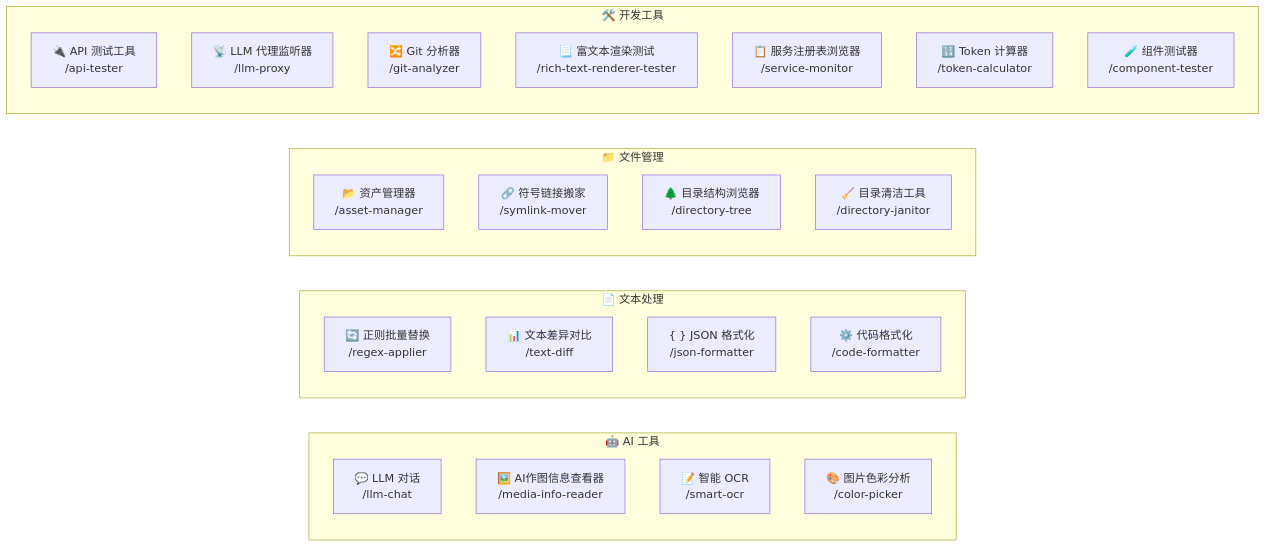
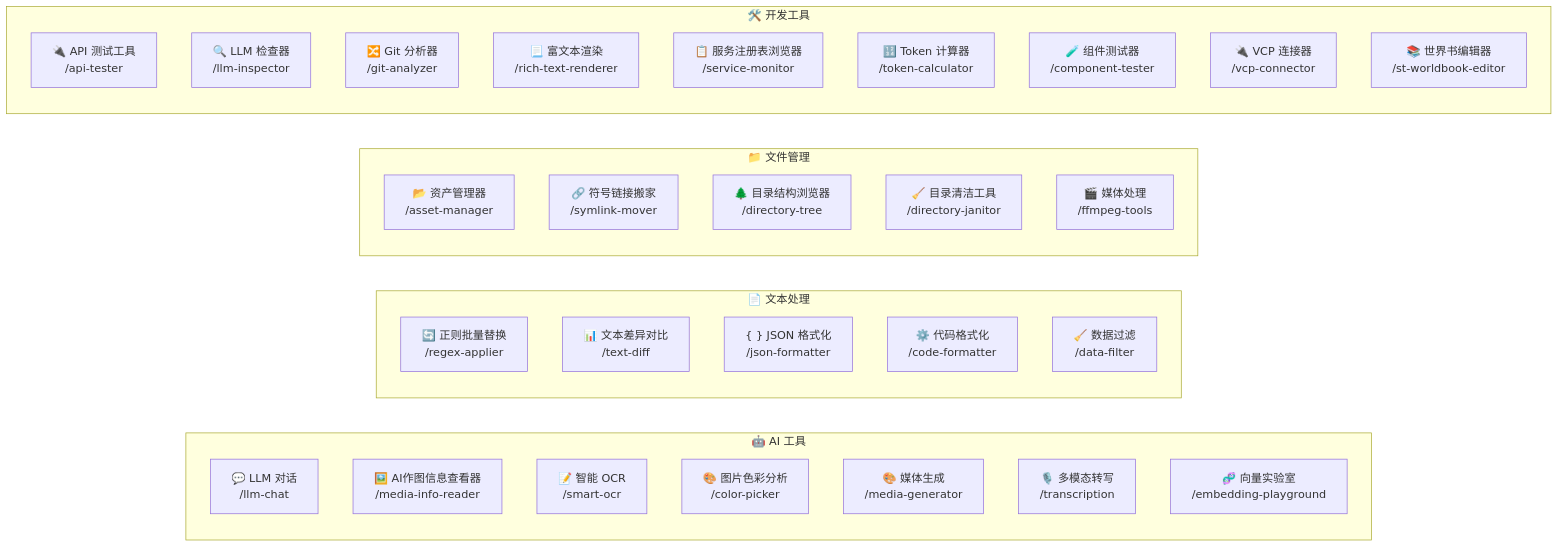
One commit to miaotouy/aio-hub changed the second of 6 diagrams in docs/architecture/ui-structure-diagram.md. Above: the diagram before and after it, drawn with Mermaid. The commit also changed other lines of this file and 5 other files, not shown here.

First line of the commit message:
docs(architecture): 同步并更新系统架构与组件设计文档

````diff
--- a/docs/architecture/ui-structure-diagram.md
+++ b/docs/architecture/ui-structure-diagram.md
@@ -38,33 +38,40 @@
 ```mermaid
 flowchart LR
     subgraph AI["🤖 AI 工具"]
         LlmChat["💬 LLM 对话<br/>/llm-chat"]
         MediaInfo["🖼️ AI作图信息查看器<br/>/media-info-reader"]
         SmartOcr["📝 智能 OCR<br/>/smart-ocr"]
         ColorPicker["🎨 图片色彩分析<br/>/color-picker"]
+        MediaGen["🎨 媒体生成<br/>/media-generator"]
+        Transcription["🎙️ 多模态转写<br/>/transcription"]
+        Embedding["🧬 向量实验室<br/>/embedding-playground"]
     end
 
     subgraph Text["📄 文本处理"]
         RegexApply["🔄 正则批量替换<br/>/regex-applier"]
         TextDiff["📊 文本差异对比<br/>/text-diff"]
         JsonFormatter["{ } JSON 格式化<br/>/json-formatter"]
         CodeFormatter["⚙️ 代码格式化<br/>/code-formatter"]
+        DataFilter["🧹 数据过滤<br/>/data-filter"]
     end
 
     subgraph File["📁 文件管理"]
         AssetManager["📂 资产管理器<br/>/asset-manager"]
         SymlinkMover["🔗 符号链接搬家<br/>/symlink-mover"]
         DirectoryTree["🌲 目录结构浏览器<br/>/directory-tree"]
         DirectoryJanitor["🧹 目录清洁工具<br/>/directory-janitor"]
+        FfmpegTools["🎬 媒体处理<br/>/ffmpeg-tools"]
     end
 
     subgraph Dev["🛠️ 开发工具"]
         ApiTester["🔌 API 测试工具<br/>/api-tester"]
-        LlmProxy["📡 LLM 代理监听器<br/>/llm-proxy"]
+        LlmInspector["🔍 LLM 检查器<br/>/llm-inspector"]
         GitAnalyzer["🔀 Git 分析器<br/>/git-analyzer"]
-        RichTextTester["📃 富文本渲染测试<br/>/rich-text-renderer-tester"]
+        RichTextTester["📃 富文本渲染<br/>/rich-text-renderer"]
         ServiceMonitor["📋 服务注册表浏览器<br/>/service-monitor"]
         TokenCalculator["🔢 Token 计算器<br/>/token-calculator"]
         ComponentTester["🧪 组件测试器<br/>/component-tester"]
+        VcpConnector["🔌 VCP 连接器<br/>/vcp-connector"]
+        Worldbook["📚 世界书编辑器<br/>/st-worldbook-editor"]
     end
 ```
````
